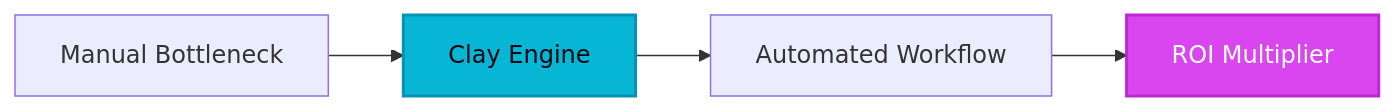
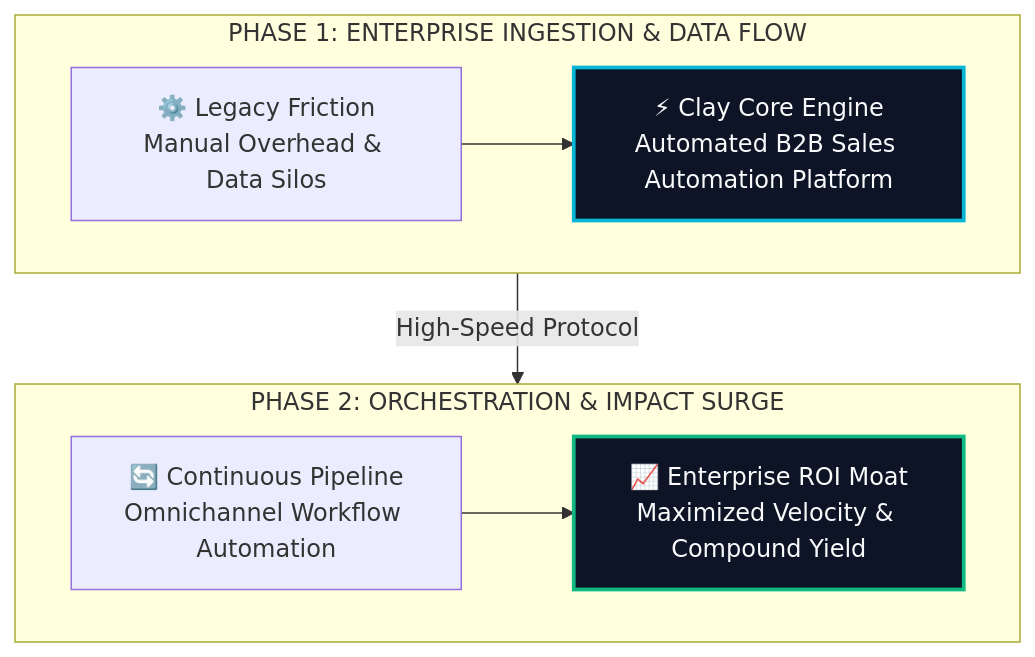
One commit to heliatech-media/saas-radar changed the diagram in site/src/content/blog/clay-evolution-guide-2026.md. Above: the diagram before and after it, drawn with Mermaid. The commit also changed 97 other files, not shown here.

First line of the commit message:
feat(diagrams): upgrade all article architecture schemas to high-impact 2-tier responsive vector blueprints

````diff
--- a/site/src/content/blog/clay-evolution-guide-2026.md
+++ b/site/src/content/blog/clay-evolution-guide-2026.md
@@ -48,8 +48,14 @@
 ```mermaid
-flowchart LR
-    A[Manual Bottleneck] --> B[Clay Engine]
-    B --> C[Automated Workflow]
-    C --> D[ROI Multiplier]
-    style B fill:#06b6d4,stroke:#0891b2,stroke-width:2px,color:#030712
-    style D fill:#d946ef,stroke:#c026d3,stroke-width:2px,color:#ffffff
+flowchart TD
+    subgraph S1["PHASE 1: ENTERPRISE INGESTION & DATA FLOW"]
+        direction LR
+        A["⚙️ Legacy Friction<br/>Manual Overhead & Data Silos"] --> B["⚡ Clay Core Engine<br/>Automated B2B Sales Automation Platform"]
+    end
+    subgraph S2["PHASE 2: ORCHESTRATION & IMPACT SURGE"]
+        direction LR
+        C["🔄 Continuous Pipeline<br/>Omnichannel Workflow Automation"] --> D["📈 Enterprise ROI Moat<br/>Maximized Velocity & Compound Yield"]
+    end
+    S1 -->|High-Speed Protocol| S2
+    style B fill:#0c1425,stroke:#06b6d4,stroke-width:2.5px,color:#f8fafc
+    style D fill:#0c1425,stroke:#10b981,stroke-width:2.5px,color:#f8fafc
 ```
````
